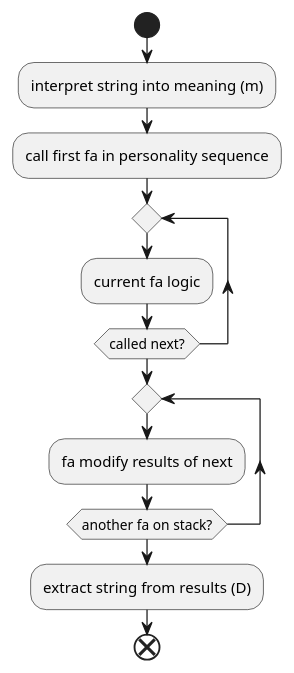
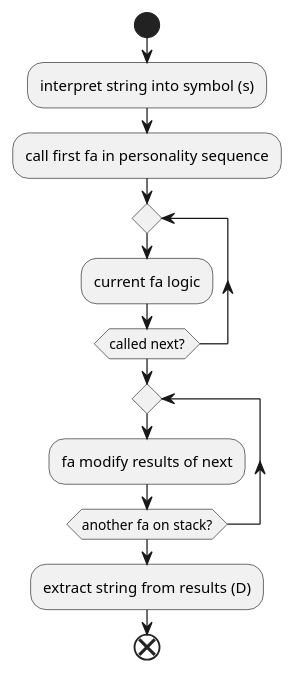
The seventh of 9 diagrams in thesis/thesis.org (jappeace/methods-homework), drawn with PlantUML before and after one commit. The commit also changed other lines of this file, not shown here.

```diff
--- a/thesis/thesis.org
+++ b/thesis/thesis.org
@@ -1550,13 +1551,13 @@
 #+BEGIN_SRC plantuml :cache yes :file img/uml/faprocessing.png :exports results
   start
-  :interpret string into meaning (m);
+  :interpret string into symbol (s);
   :call first fa in personality sequence;
   repeat
   :current fa logic;
   repeat while (called next?)
   repeat
   :fa modify results of next;
   repeat while (another fa on stack?)
   :extract string from results (D);
   end
 #+END_SRC
```
